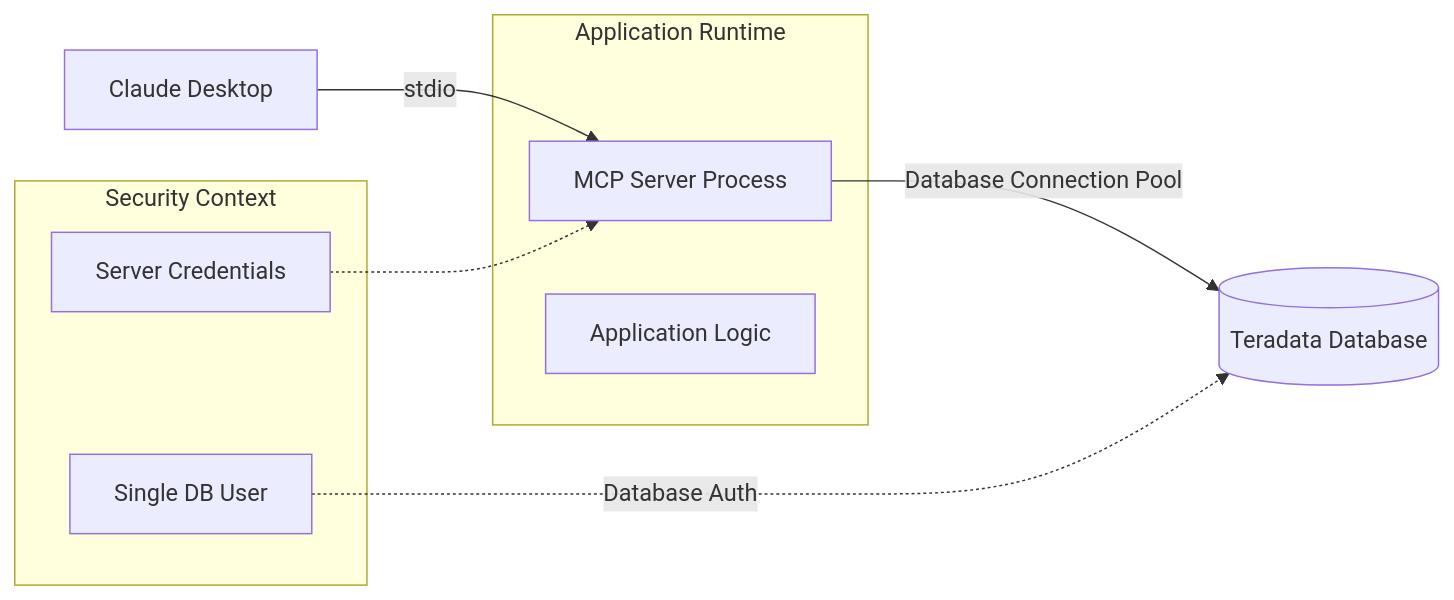
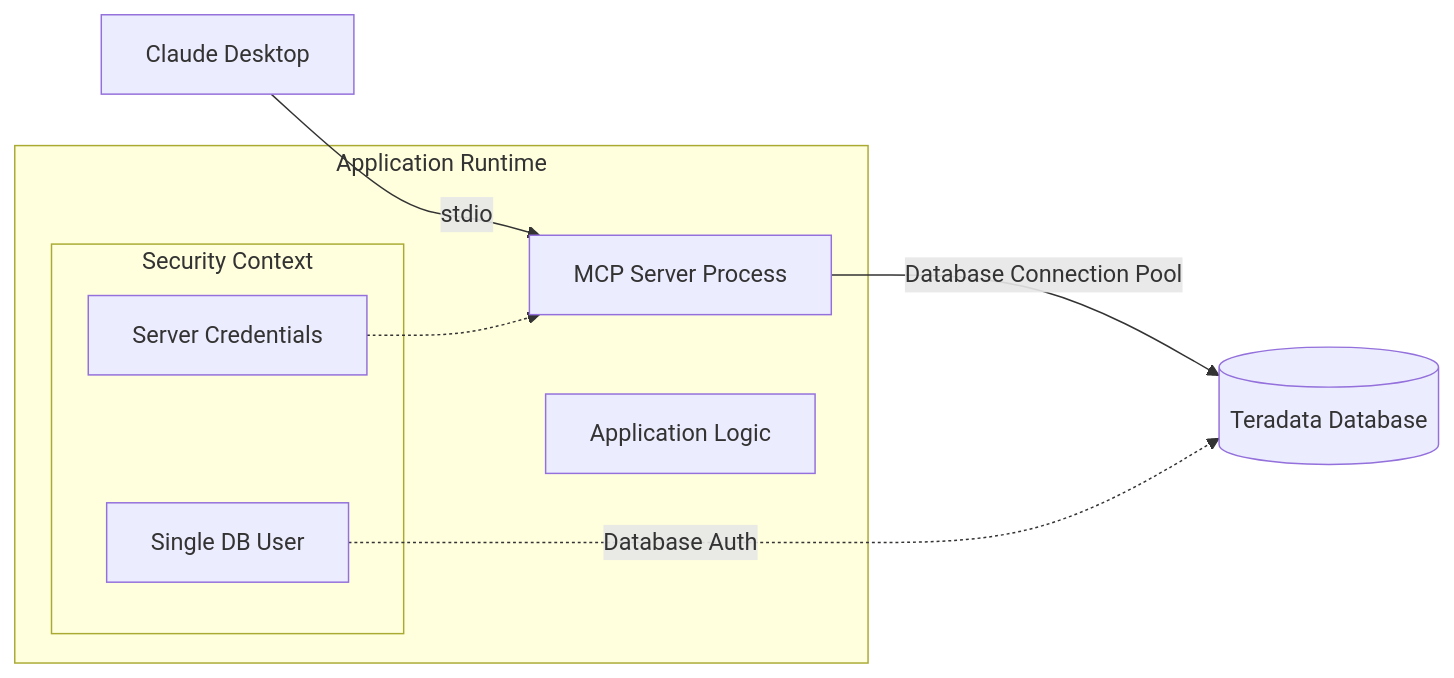
The second of 5 diagrams in docs/server_guide/ARCHITECTURE.md (Teradata/teradata-mcp-server), drawn with Mermaid before and after one commit. The commit also changed other lines of this file, not shown here.

Commit message:
updated architecture diagrams

````diff
--- a/docs/server_guide/ARCHITECTURE.md
+++ b/docs/server_guide/ARCHITECTURE.md
@@ -83,18 +83,17 @@
 ```mermaid
 flowchart LR
     A[Claude Desktop] -->|stdio| B[MCP Server Process]
     B -->|Database Connection Pool| E[(Teradata Database)]
     
     subgraph "Application Runtime"
         B
         F[Application Logic]
-    end
-    
-    subgraph "Security Context"
-        G[Single DB User]
-        H[Server Credentials]
+        subgraph "Security Context"
+            G[Single DB User]
+            H[Server Credentials]
+        end
     end
     
     G -.->|Database Auth| E
     H -.-> B
 ```
````
